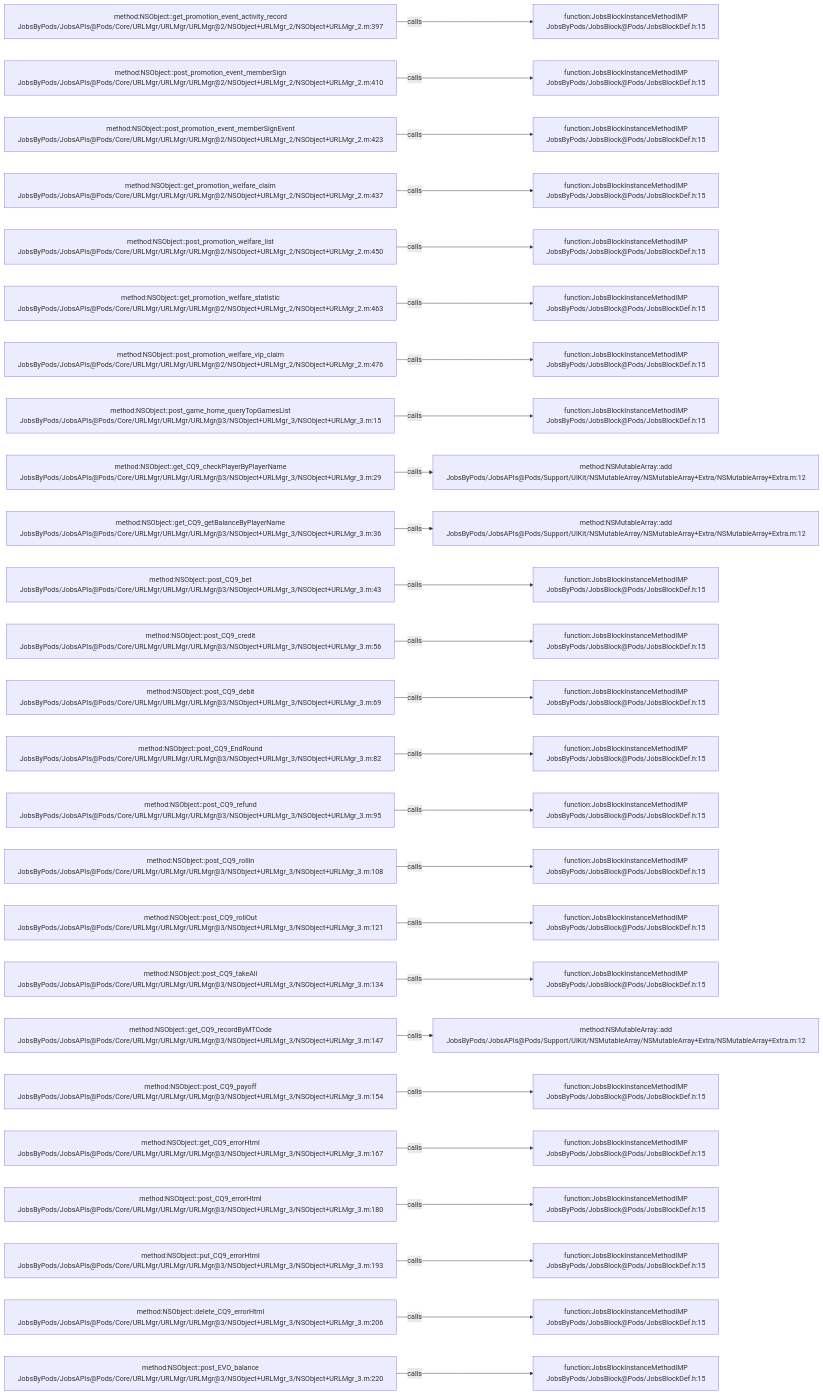
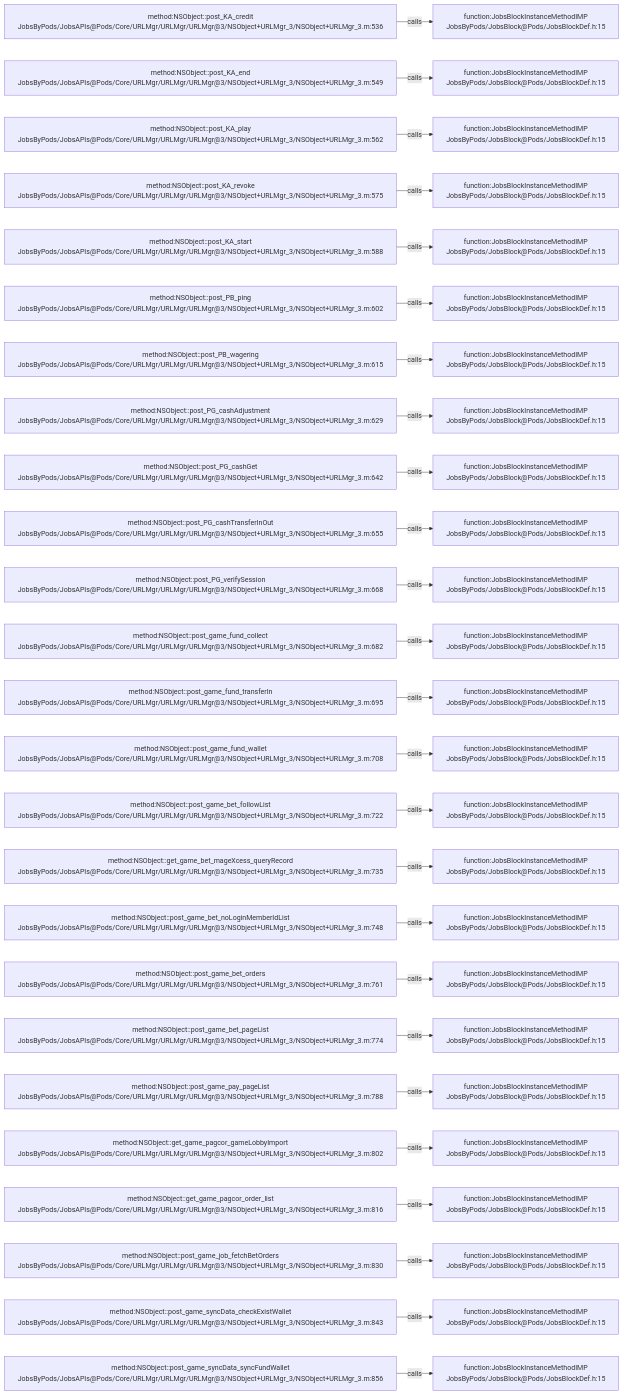
Before and after one commit to JobsKits/JobsOCBaseConfigDemo: the diagram in .codegraph/codegraph.md/graphs/calls-059.md, drawn with Mermaid. The commit also changed 223 other files, not shown here.

````diff
--- a/.codegraph/codegraph.md/graphs/calls-059.md
+++ b/.codegraph/codegraph.md/graphs/calls-059.md
@@ -13,78 +13,78 @@
 ```mermaid
 flowchart LR
-  S1["method:NSObject::get_promotion_event_activity_record<br/>JobsByPods/JobsAPIs@Pods/Core/URLMgr/URLMgr/URLMgr@2/NSObject+URLMgr_2/NSObject+URLMgr_2.m:397"]
+  S1["method:NSObject::post_KA_credit<br/>JobsByPods/JobsAPIs@Pods/Core/URLMgr/URLMgr/URLMgr@3/NSObject+URLMgr_3/NSObject+URLMgr_3.m:536"]
   T1["function:JobsBlockInstanceMethodIMP<br/>JobsByPods/JobsBlock@Pods/JobsBlockDef.h:15"]
   S1 -->|calls| T1
-  S2["method:NSObject::post_promotion_event_memberSign<br/>JobsByPods/JobsAPIs@Pods/Core/URLMgr/URLMgr/URLMgr@2/NSObject+URLMgr_2/NSObject+URLMgr_2.m:410"]
+  S2["method:NSObject::post_KA_end<br/>JobsByPods/JobsAPIs@Pods/Core/URLMgr/URLMgr/URLMgr@3/NSObject+URLMgr_3/NSObject+URLMgr_3.m:549"]
   T2["function:JobsBlockInstanceMethodIMP<br/>JobsByPods/JobsBlock@Pods/JobsBlockDef.h:15"]
   S2 -->|calls| T2
-  S3["method:NSObject::post_promotion_event_memberSignEvent<br/>JobsByPods/JobsAPIs@Pods/Core/URLMgr/URLMgr/URLMgr@2/NSObject+URLMgr_2/NSObject+URLMgr_2.m:423"]
+  S3["method:NSObject::post_KA_play<br/>JobsByPods/JobsAPIs@Pods/Core/URLMgr/URLMgr/URLMgr@3/NSObject+URLMgr_3/NSObject+URLMgr_3.m:562"]
   T3["function:JobsBlockInstanceMethodIMP<br/>JobsByPods/JobsBlock@Pods/JobsBlockDef.h:15"]
   S3 -->|calls| T3
-  S4["method:NSObject::get_promotion_welfare_claim<br/>JobsByPods/JobsAPIs@Pods/Core/URLMgr/URLMgr/URLMgr@2/NSObject+URLMgr_2/NSObject+URLMgr_2.m:437"]
+  S4["method:NSObject::post_KA_revoke<br/>JobsByPods/JobsAPIs@Pods/Core/URLMgr/URLMgr/URLMgr@3/NSObject+URLMgr_3/NSObject+URLMgr_3.m:575"]
   T4["function:JobsBlockInstanceMethodIMP<br/>JobsByPods/JobsBlock@Pods/JobsBlockDef.h:15"]
   S4 -->|calls| T4
-  S5["method:NSObject::post_promotion_welfare_list<br/>JobsByPods/JobsAPIs@Pods/Core/URLMgr/URLMgr/URLMgr@2/NSObject+URLMgr_2/NSObject+URLMgr_2.m:450"]
+  S5["method:NSObject::post_KA_start<br/>JobsByPods/JobsAPIs@Pods/Core/URLMgr/URLMgr/URLMgr@3/NSObject+URLMgr_3/NSObject+URLMgr_3.m:588"]
   T5["function:JobsBlockInstanceMethodIMP<br/>JobsByPods/JobsBlock@Pods/JobsBlockDef.h:15"]
   S5 -->|calls| T5
-  S6["method:NSObject::get_promotion_welfare_statistic<br/>JobsByPods/JobsAPIs@Pods/Core/URLMgr/URLMgr/URLMgr@2/NSObject+URLMgr_2/NSObject+URLMgr_2.m:463"]
+  S6["method:NSObject::post_PB_ping<br/>JobsByPods/JobsAPIs@Pods/Core/URLMgr/URLMgr/URLMgr@3/NSObject+URLMgr_3/NSObject+URLMgr_3.m:602"]
   T6["function:JobsBlockInstanceMethodIMP<br/>JobsByPods/JobsBlock@Pods/JobsBlockDef.h:15"]
   S6 -->|calls| T6
-  S7["method:NSObject::post_promotion_welfare_vip_claim<br/>JobsByPods/JobsAPIs@Pods/Core/URLMgr/URLMgr/URLMgr@2/NSObject+URLMgr_2/NSObject+URLMgr_2.m:476"]
+  S7["method:NSObject::post_PB_wagering<br/>JobsByPods/JobsAPIs@Pods/Core/URLMgr/URLMgr/URLMgr@3/NSObject+URLMgr_3/NSObject+URLMgr_3.m:615"]
   T7["function:JobsBlockInstanceMethodIMP<br/>JobsByPods/JobsBlock@Pods/JobsBlockDef.h:15"]
   S7 -->|calls| T7
-  S8["method:NSObject::post_game_home_queryTopGamesList<br/>JobsByPods/JobsAPIs@Pods/Core/URLMgr/URLMgr/URLMgr@3/NSObject+URLMgr_3/NSObject+URLMgr_3.m:15"]
+  S8["method:NSObject::post_PG_cashAdjustment<br/>JobsByPods/JobsAPIs@Pods/Core/URLMgr/URLMgr/URLMgr@3/NSObject+URLMgr_3/NSObject+URLMgr_3.m:629"]
   T8["function:JobsBlockInstanceMethodIMP<br/>JobsByPods/JobsBlock@Pods/JobsBlockDef.h:15"]
   S8 -->|calls| T8
-  S9["method:NSObject::get_CQ9_checkPlayerByPlayerName<br/>JobsByPods/JobsAPIs@Pods/Core/URLMgr/URLMgr/URLMgr@3/NSObject+URLMgr_3/NSObject+URLMgr_3.m:29"]
-  T9["method:NSMutableArray::add<br/>JobsByPods/JobsAPIs@Pods/Support/UIKit/NSMutableArray/NSMutableArray+Extra/NSMutableArray+Extra.m:12"]
+  S9["method:NSObject::post_PG_cashGet<br/>JobsByPods/JobsAPIs@Pods/Core/URLMgr/URLMgr/URLMgr@3/NSObject+URLMgr_3/NSObject+URLMgr_3.m:642"]
+  T9["function:JobsBlockInstanceMethodIMP<br/>JobsByPods/JobsBlock@Pods/JobsBlockDef.h:15"]
   S9 -->|calls| T9
-  S10["method:NSObject::get_CQ9_getBalanceByPlayerName<br/>JobsByPods/JobsAPIs@Pods/Core/URLMgr/URLMgr/URLMgr@3/NSObject+URLMgr_3/NSObject+URLMgr_3.m:36"]
-  T10["method:NSMutableArray::add<br/>JobsByPods/JobsAPIs@Pods/Support/UIKit/NSMutableArray/NSMutableArray+Extra/NSMutableArray+Extra.m:12"]
+  S10["method:NSObject::post_PG_cashTransferInOut<br/>JobsByPods/JobsAPIs@Pods/Core/URLMgr/URLMgr/URLMgr@3/NSObject+URLMgr_3/NSObject+URLMgr_3.m:655"]
+  T10["function:JobsBlockInstanceMethodIMP<br/>JobsByPods/JobsBlock@Pods/JobsBlockDef.h:15"]
   S10 -->|calls| T10
-  S11["method:NSObject::post_CQ9_bet<br/>JobsByPods/JobsAPIs@Pods/Core/URLMgr/URLMgr/URLMgr@3/NSObject+URLMgr_3/NSObject+URLMgr_3.m:43"]
+  S11["method:NSObject::post_PG_verifySession<br/>JobsByPods/JobsAPIs@Pods/Core/URLMgr/URLMgr/URLMgr@3/NSObject+URLMgr_3/NSObject+URLMgr_3.m:668"]
   T11["function:JobsBlockInstanceMethodIMP<br/>JobsByPods/JobsBlock@Pods/JobsBlockDef.h:15"]
   S11 -->|calls| T11
-  S12["method:NSObject::post_CQ9_credit<br/>JobsByPods/JobsAPIs@Pods/Core/URLMgr/URLMgr/URLMgr@3/NSObject+URLMgr_3/NSObject+URLMgr_3.m:56"]
+  S12["method:NSObject::post_game_fund_collect<br/>JobsByPods/JobsAPIs@Pods/Core/URLMgr/URLMgr/URLMgr@3/NSObject+URLMgr_3/NSObject+URLMgr_3.m:682"]
   T12["function:JobsBlockInstanceMethodIMP<br/>JobsByPods/JobsBlock@Pods/JobsBlockDef.h:15"]
   S12 -->|calls| T12
-  S13["method:NSObject::post_CQ9_debit<br/>JobsByPods/JobsAPIs@Pods/Core/URLMgr/URLMgr/URLMgr@3/NSObject+URLMgr_3/NSObject+URLMgr_3.m:69"]
+  S13["method:NSObject::post_game_fund_transferIn<br/>JobsByPods/JobsAPIs@Pods/Core/URLMgr/URLMgr/URLMgr@3/NSObject+URLMgr_3/NSObject+URLMgr_3.m:695"]
   T13["function:JobsBlockInstanceMethodIMP<br/>JobsByPods/JobsBlock@Pods/JobsBlockDef.h:15"]
   S13 -->|calls| T13
-  S14["method:NSObject::post_CQ9_EndRound<br/>JobsByPods/JobsAPIs@Pods/Core/URLMgr/URLMgr/URLMgr@3/NSObject+URLMgr_3/NSObject+URLMgr_3.m:82"]
+  S14["method:NSObject::post_game_fund_wallet<br/>JobsByPods/JobsAPIs@Pods/Core/URLMgr/URLMgr/URLMgr@3/NSObject+URLMgr_3/NSObject+URLMgr_3.m:708"]
   T14["function:JobsBlockInstanceMethodIMP<br/>JobsByPods/JobsBlock@Pods/JobsBlockDef.h:15"]
   S14 -->|calls| T14
-  S15["method:NSObject::post_CQ9_refund<br/>JobsByPods/JobsAPIs@Pods/Core/URLMgr/URLMgr/URLMgr@3/NSObject+URLMgr_3/NSObject+URLMgr_3.m:95"]
+  S15["method:NSObject::post_game_bet_followList<br/>JobsByPods/JobsAPIs@Pods/Core/URLMgr/URLMgr/URLMgr@3/NSObject+URLMgr_3/NSObject+URLMgr_3.m:722"]
   T15["function:JobsBlockInstanceMethodIMP<br/>JobsByPods/JobsBlock@Pods/JobsBlockDef.h:15"]
   S15 -->|calls| T15
-  S16["method:NSObject::post_CQ9_rollin<br/>JobsByPods/JobsAPIs@Pods/Core/URLMgr/URLMgr/URLMgr@3/NSObject+URLMgr_3/NSObject+URLMgr_3.m:108"]
+  S16["method:NSObject::get_game_bet_mageXcess_queryRecord<br/>JobsByPods/JobsAPIs@Pods/Core/URLMgr/URLMgr/URLMgr@3/NSObject+URLMgr_3/NSObject+URLMgr_3.m:735"]
   T16["function:JobsBlockInstanceMethodIMP<br/>JobsByPods/JobsBlock@Pods/JobsBlockDef.h:15"]
   S16 -->|calls| T16
-  S17["method:NSObject::post_CQ9_rollOut<br/>JobsByPods/JobsAPIs@Pods/Core/URLMgr/URLMgr/URLMgr@3/NSObject+URLMgr_3/NSObject+URLMgr_3.m:121"]
+  S17["method:NSObject::post_game_bet_noLoginMemberIdList<br/>JobsByPods/JobsAPIs@Pods/Core/URLMgr/URLMgr/URLMgr@3/NSObject+URLMgr_3/NSObject+URLMgr_3.m:748"]
   T17["function:JobsBlockInstanceMethodIMP<br/>JobsByPods/JobsBlock@Pods/JobsBlockDef.h:15"]
   S17 -->|calls| T17
-  S18["method:NSObject::post_CQ9_takeAll<br/>JobsByPods/JobsAPIs@Pods/Core/URLMgr/URLMgr/URLMgr@3/NSObject+URLMgr_3/NSObject+URLMgr_3.m:134"]
+  S18["method:NSObject::post_game_bet_orders<br/>JobsByPods/JobsAPIs@Pods/Core/URLMgr/URLMgr/URLMgr@3/NSObject+URLMgr_3/NSObject+URLMgr_3.m:761"]
   T18["function:JobsBlockInstanceMethodIMP<br/>JobsByPods/JobsBlock@Pods/JobsBlockDef.h:15"]
   S18 -->|calls| T18
-  S19["method:NSObject::get_CQ9_recordByMTCode<br/>JobsByPods/JobsAPIs@Pods/Core/URLMgr/URLMgr/URLMgr@3/NSObject+URLMgr_3/NSObject+URLMgr_3.m:147"]
-  T19["method:NSMutableArray::add<br/>JobsByPods/JobsAPIs@Pods/Support/UIKit/NSMutableArray/NSMutableArray+Extra/NSMutableArray+Extra.m:12"]
+  S19["method:NSObject::post_game_bet_pageList<br/>JobsByPods/JobsAPIs@Pods/Core/URLMgr/URLMgr/URLMgr@3/NSObject+URLMgr_3/NSObject+URLMgr_3.m:774"]
+  T19["function:JobsBlockInstanceMethodIMP<br/>JobsByPods/JobsBlock@Pods/JobsBlockDef.h:15"]
   S19 -->|calls| T19
-  S20["method:NSObject::post_CQ9_payoff<br/>JobsByPods/JobsAPIs@Pods/Core/URLMgr/URLMgr/URLMgr@3/NSObject+URLMgr_3/NSObject+URLMgr_3.m:154"]
+  S20["method:NSObject::post_game_pay_pageList<br/>JobsByPods/JobsAPIs@Pods/Core/URLMgr/URLMgr/URLMgr@3/NSObject+URLMgr_3/NSObject+URLMgr_3.m:788"]
   T20["function:JobsBlockInstanceMethodIMP<br/>JobsByPods/JobsBlock@Pods/JobsBlockDef.h:15"]
   S20 -->|calls| T20
-  S21["method:NSObject::get_CQ9_errorHtml<br/>JobsByPods/JobsAPIs@Pods/Core/URLMgr/URLMgr/URLMgr@3/NSObject+URLMgr_3/NSObject+URLMgr_3.m:167"]
+  S21["method:NSObject::get_game_pagcor_gameLobbyImport<br/>JobsByPods/JobsAPIs@Pods/Core/URLMgr/URLMgr/URLMgr@3/NSObject+URLMgr_3/NSObject+URLMgr_3.m:802"]
   T21["function:JobsBlockInstanceMethodIMP<br/>JobsByPods/JobsBlock@Pods/JobsBlockDef.h:15"]
   S21 -->|calls| T21
-  S22["method:NSObject::post_CQ9_errorHtml<br/>JobsByPods/JobsAPIs@Pods/Core/URLMgr/URLMgr/URLMgr@3/NSObject+URLMgr_3/NSObject+URLMgr_3.m:180"]
+  S22["method:NSObject::get_game_pagcor_order_list<br/>JobsByPods/JobsAPIs@Pods/Core/URLMgr/URLMgr/URLMgr@3/NSObject+URLMgr_3/NSObject+URLMgr_3.m:816"]
   T22["function:JobsBlockInstanceMethodIMP<br/>JobsByPods/JobsBlock@Pods/JobsBlockDef.h:15"]
   S22 -->|calls| T22
-  S23["method:NSObject::put_CQ9_errorHtml<br/>JobsByPods/JobsAPIs@Pods/Core/URLMgr/URLMgr/URLMgr@3/NSObject+URLMgr_3/NSObject+URLMgr_3.m:193"]
+  S23["method:NSObject::post_game_job_fetchBetOrders<br/>JobsByPods/JobsAPIs@Pods/Core/URLMgr/URLMgr/URLMgr@3/NSObject+URLMgr_3/NSObject+URLMgr_3.m:830"]
   T23["function:JobsBlockInstanceMethodIMP<br/>JobsByPods/JobsBlock@Pods/JobsBlockDef.h:15"]
   S23 -->|calls| T23
-  S24["method:NSObject::delete_CQ9_errorHtml<br/>JobsByPods/JobsAPIs@Pods/Core/URLMgr/URLMgr/URLMgr@3/NSObject+URLMgr_3/NSObject+URLMgr_3.m:206"]
+  S24["method:NSObject::post_game_syncData_checkExistWallet<br/>JobsByPods/JobsAPIs@Pods/Core/URLMgr/URLMgr/URLMgr@3/NSObject+URLMgr_3/NSObject+URLMgr_3.m:843"]
   T24["function:JobsBlockInstanceMethodIMP<br/>JobsByPods/JobsBlock@Pods/JobsBlockDef.h:15"]
   S24 -->|calls| T24
-  S25["method:NSObject::post_EVO_balance<br/>JobsByPods/JobsAPIs@Pods/Core/URLMgr/URLMgr/URLMgr@3/NSObject+URLMgr_3/NSObject+URLMgr_3.m:220"]
+  S25["method:NSObject::post_game_syncData_syncFundWallet<br/>JobsByPods/JobsAPIs@Pods/Core/URLMgr/URLMgr/URLMgr@3/NSObject+URLMgr_3/NSObject+URLMgr_3.m:856"]
   T25["function:JobsBlockInstanceMethodIMP<br/>JobsByPods/JobsBlock@Pods/JobsBlockDef.h:15"]
   S25 -->|calls| T25
 ```
````
